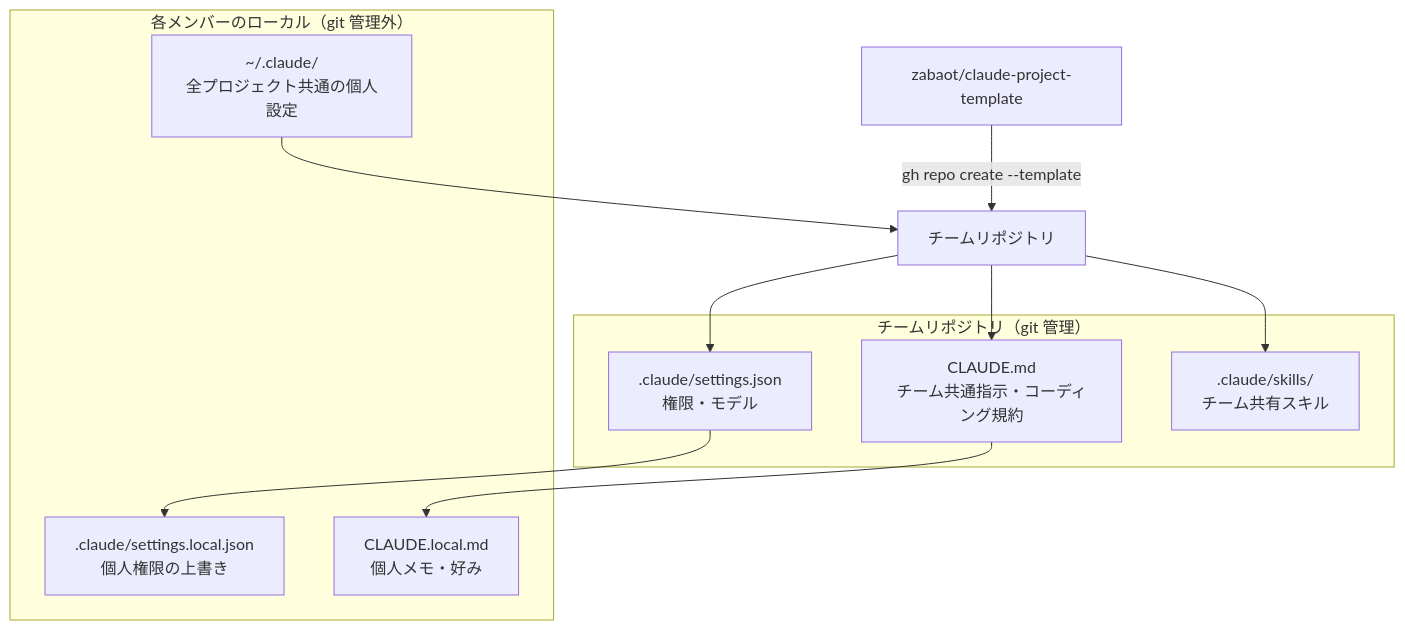
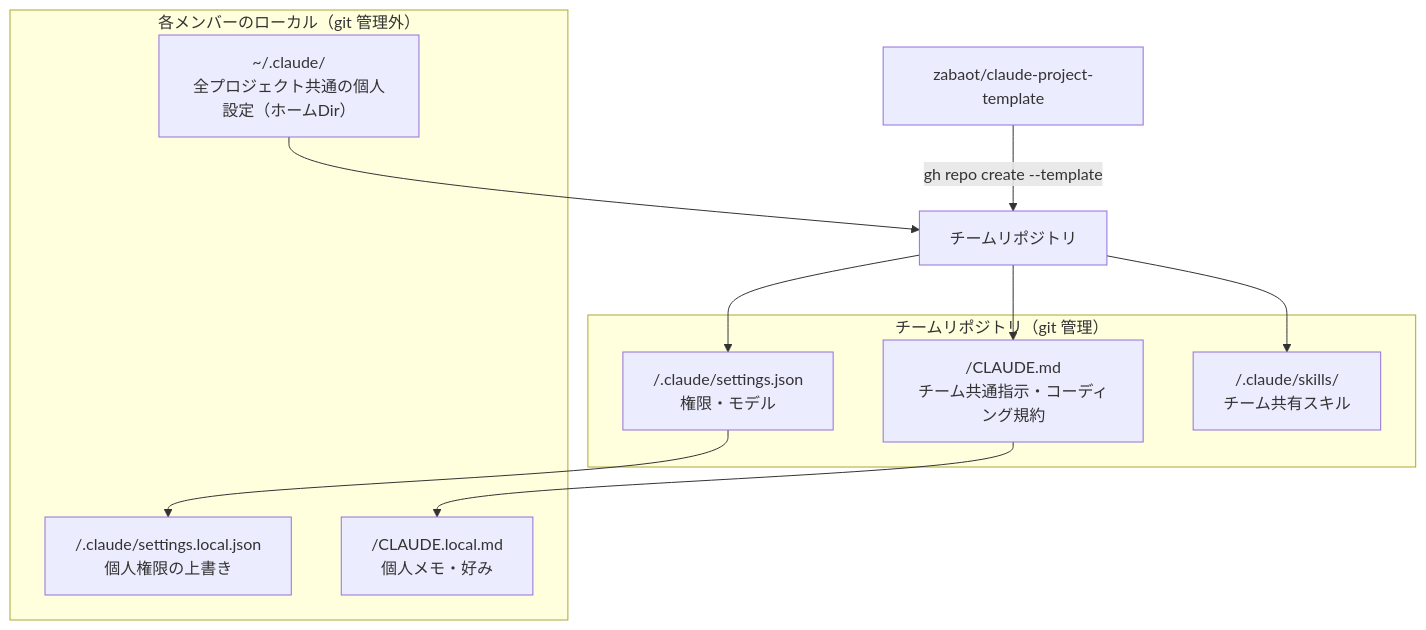
One commit to zabaot/claude-project-template changed the fifth of 7 diagrams in README.md. Above: the diagram before and after it, drawn with Mermaid. The commit also changed other lines of this file, not shown here.

Commit message:
Clarify all file paths with home/project-root prefixes

````diff
--- a/README.md
+++ b/README.md
@@ -200,21 +200,21 @@
 ```mermaid
 graph TD
     T["zabaot/claude-project-template"] -->|"gh repo create --template"| R["チームリポジトリ"]
 
     subgraph team["チームリポジトリ（git 管理）"]
-        CM["CLAUDE.md\nチーム共通指示・コーディング規約"]
-        ST[".claude/settings.json\n権限・モデル"]
-        SK[".claude/skills/\nチーム共有スキル"]
+        CM["<project>/CLAUDE.md\nチーム共通指示・コーディング規約"]
+        ST["<project>/.claude/settings.json\n権限・モデル"]
+        SK["<project>/.claude/skills/\nチーム共有スキル"]
     end
 
     subgraph personal["各メンバーのローカル（git 管理外）"]
-        SL[".claude/settings.local.json\n個人権限の上書き"]
-        CL["CLAUDE.local.md\n個人メモ・好み"]
-        US["~/.claude/\n全プロジェクト共通の個人設定"]
+        SL["<project>/.claude/settings.local.json\n個人権限の上書き"]
+        CL["<project>/CLAUDE.local.md\n個人メモ・好み"]
+        US["~/.claude/\n全プロジェクト共通の個人設定（ホームDir）"]
     end
 
     R --> CM & ST & SK
     CM --> CL
     ST --> SL
     US --> R
 ```
````
